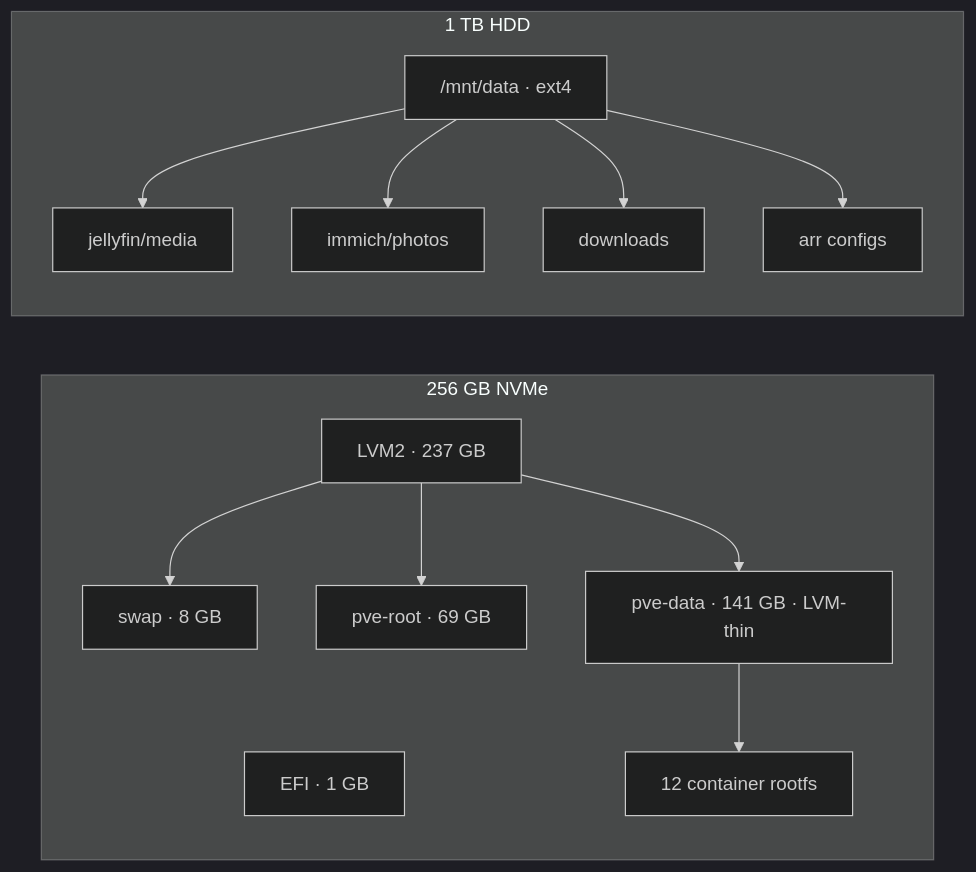
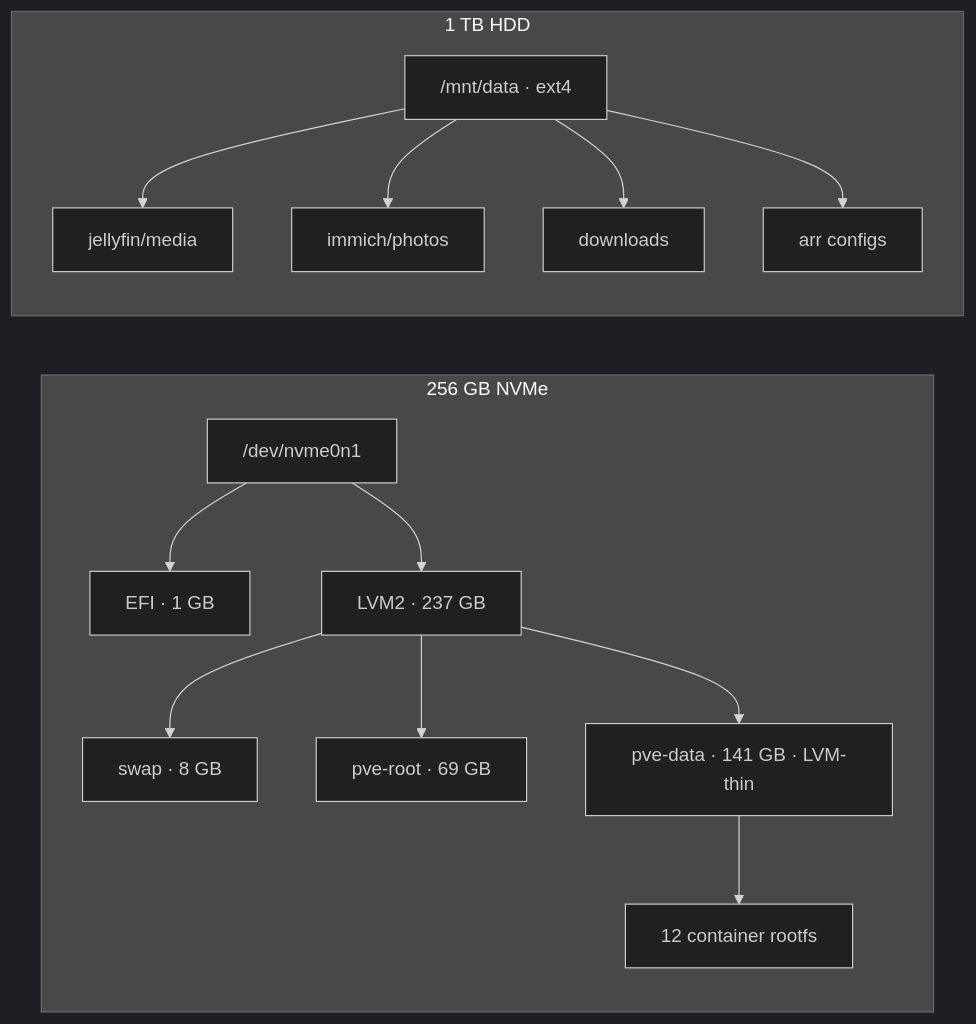
One commit to EthanFavis/Ethanet changed the diagram in diagrams/storage.mmd. Above: the diagram before and after it, drawn with Mermaid (dark theme).

Commit message:
Fix orphan EFI node in storage diagram
Add /dev/nvme0n1 disk root so EFI and LVM2 render as siblings
under the disk, matching actual partition layout.

```diff
--- a/diagrams/storage.mmd
+++ b/diagrams/storage.mmd
@@ -1,17 +1,18 @@
 %% Storage layout
 flowchart LR
     subgraph NVMe["256 GB NVMe"]
-        EFI[EFI · 1 GB]
-        LVM[LVM2 · 237 GB]
+        Disk["/dev/nvme0n1"]
+        Disk --> EFI[EFI · 1 GB]
+        Disk --> LVM[LVM2 · 237 GB]
         LVM --> Swap[swap · 8 GB]
         LVM --> Root[pve-root · 69 GB]
         LVM --> Thin[pve-data · 141 GB · LVM-thin]
         Thin --> CTs[12 container rootfs]
     end
     subgraph HDD["1 TB HDD"]
         Mnt["/mnt/data · ext4"]
         Mnt --> Media[jellyfin/media]
         Mnt --> Photos[immich/photos]
         Mnt --> DLs[downloads]
         Mnt --> Cfg[arr configs]
     end
```
